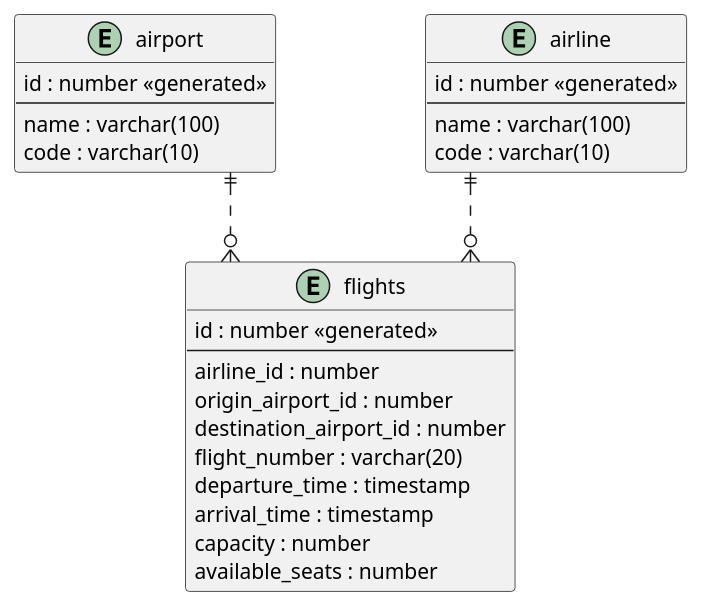
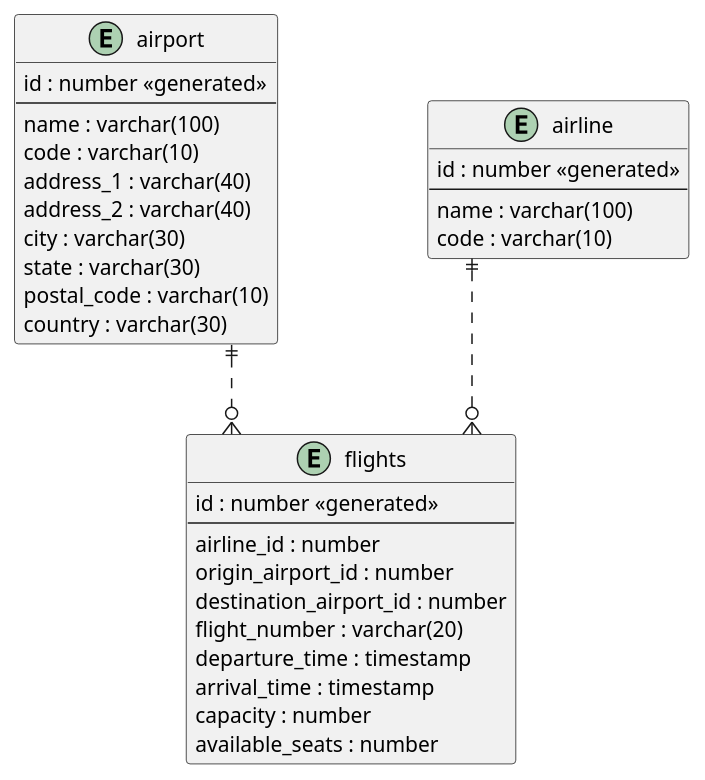
The diagram in docs/er-diagram.puml (ch88251/airport-management-system), drawn with PlantUML before and after one commit. The commit also changed 11 other files, not shown here.

```diff
--- a/docs/er-diagram.puml
+++ b/docs/er-diagram.puml
@@ -1,36 +1,42 @@
 @startuml
 
 skinparam linetype ortho
 skinparam nodesep 100
 
 entity "flights" as e01 {
   id : number <<generated>>
   --
   airline_id : number
   origin_airport_id : number
   destination_airport_id : number
   flight_number : varchar(20)
   departure_time : timestamp
   arrival_time : timestamp
   capacity : number
   available_seats : number
 }
 
 entity "airline" as e02 {
   id : number <<generated>>
   --
   name : varchar(100)
   code : varchar(10)
 }
 
 entity "airport" as e03 {
   id : number <<generated>>
   --
   name : varchar(100)
   code : varchar(10)
+  address_1 : varchar(40)
+  address_2 : varchar(40)
+  city : varchar(30)
+  state : varchar(30)
+  postal_code : varchar(10)
+  country : varchar(30)
 }
 
 e01 }o.up.|| e02
 e01 }o.up.|| e03
 
 @enduml
```
